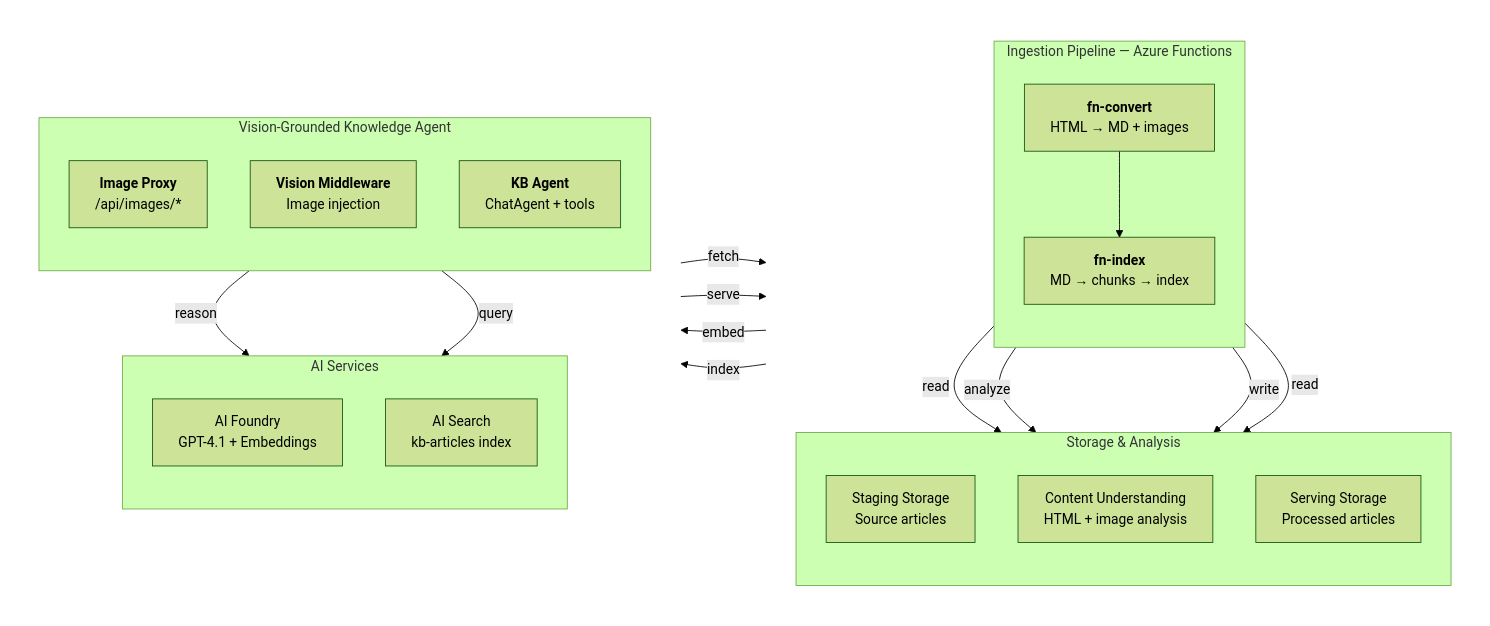
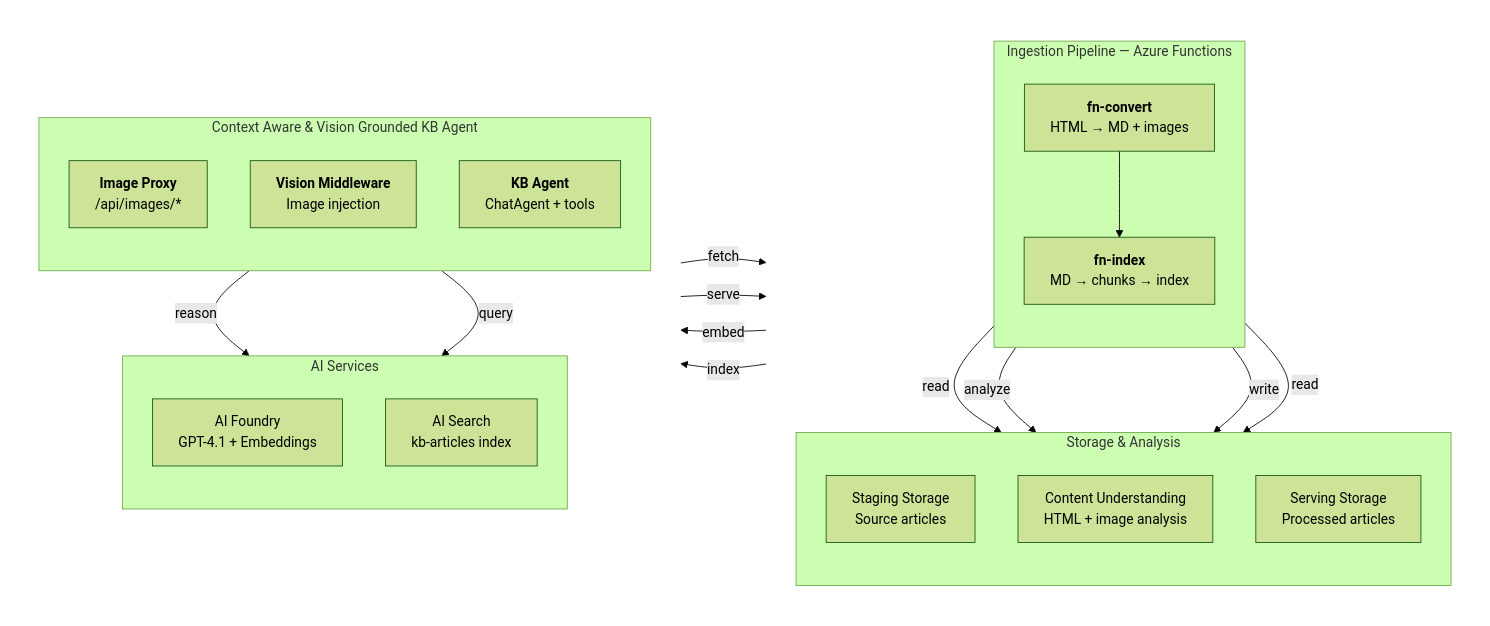
The second of 3 diagrams in docs/specs/architecture.md (aldelar/azure-knowledge-base-ingestion), drawn with Mermaid (forest theme) before and after one commit. The commit also changed other lines of this file and 17 other files, not shown here.

````diff
--- a/docs/specs/architecture.md
+++ b/docs/specs/architecture.md
@@ -66,51 +66,51 @@
 ```mermaid
 flowchart LR
     subgraph left[" "]
         direction TB
         subgraph Pipeline["Ingestion Pipeline — Azure Functions"]
             direction TB
             CONV["<b>fn-convert</b><br/>HTML → MD + images"]
             IDX["<b>fn-index</b><br/>MD → chunks → index"]
             CONV --> IDX
         end
         subgraph Sources["Storage & Analysis"]
             direction TB
             SA1["Staging Storage<br/>Source articles"]
             CU["Content Understanding<br/>HTML + image analysis"]
             SA2["Serving Storage<br/>Processed articles"]
         end
     end
 
     subgraph right[" "]
         direction TB
         subgraph Center["AI Services"]
             direction TB
             AF["AI Foundry<br/>GPT-4.1 + Embeddings"]
             AIS["AI Search<br/>kb-articles index"]
         end
-        subgraph App["Vision-Grounded Knowledge Agent"]
+        subgraph App["Context Aware & Vision Grounded KB Agent"]
             direction TB
             PROXY["<b>Image Proxy</b><br/>/api/images/*"]
             VIS["<b>Vision Middleware</b><br/>Image injection"]
             AGENT["<b>KB Agent</b><br/>ChatAgent + tools"]
             
         end
     end
 
     CONV -->|read| SA1
     CONV -->|analyze| CU
     CONV -->|write| SA2
     IDX -->|read| SA2
 
     IDX -->|embed| AF
     IDX -->|index| AIS
 
     AGENT -->|reason| AF
     AGENT -->|query| AIS
 
     VIS -->|fetch| SA2
     PROXY -->|serve| SA2
 
     classDef invisible fill:none,stroke:none;
     class left,right invisible;
 ```
````
